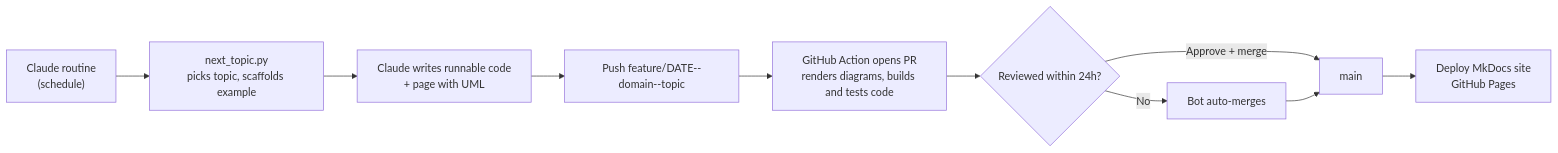
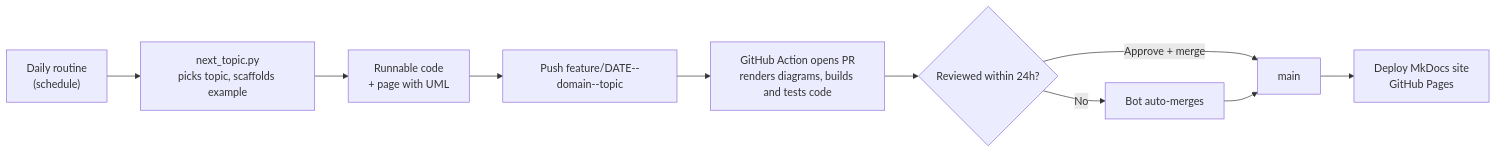
One commit to dhulipalla599/domain-knowledge-engineering changed the diagram in README.md. Above: the diagram before and after it, drawn with Mermaid. The commit also changed other lines of this file and 20 other files, not shown here.

````diff
--- a/README.md
+++ b/README.md
@@ -13,11 +14,11 @@
 ```mermaid
 flowchart LR
-    A["Claude routine<br/>(schedule)"] --> B["next_topic.py<br/>picks topic, scaffolds example"]
-    B --> C["Claude writes runnable code<br/>+ page with UML"]
+    A["Daily routine<br/>(schedule)"] --> B["next_topic.py<br/>picks topic, scaffolds example"]
+    B --> C["Runnable code<br/>+ page with UML"]
     C --> D["Push feature/DATE--domain--topic"]
     D --> E["GitHub Action opens PR<br/>renders diagrams, builds and tests code"]
     E --> F{"Reviewed within 24h?"}
     F -- "Approve + merge" --> G["main"]
     F -- "No" --> H["Bot auto-merges"] --> G
     G --> I["Deploy MkDocs site<br/>GitHub Pages"]
 ```
````
